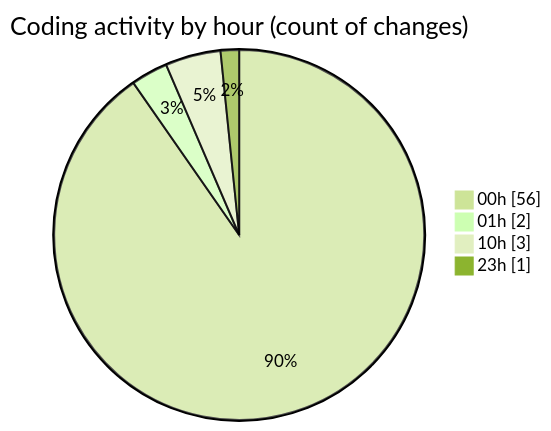
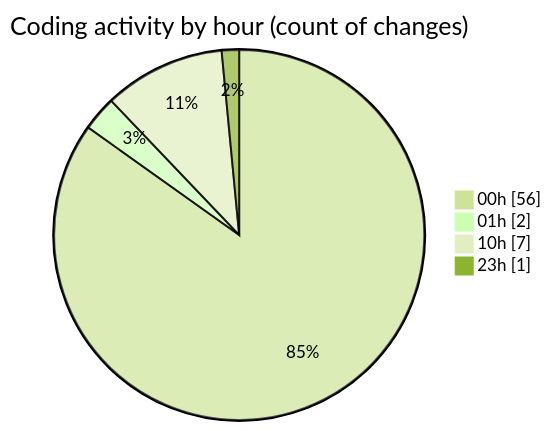
The second of 2 diagrams in 2026-03-15/nxtqube_webapp/README.md (nxtqubesakshisongat/code-tracking), drawn with Mermaid (forest theme) before and after one commit. The commit also changed other lines of this file and 1 other file, not shown here.

````diff
--- a/2026-03-15/nxtqube_webapp/README.md
+++ b/2026-03-15/nxtqube_webapp/README.md
@@ -32,8 +32,8 @@
 ```mermaid
 pie showData
 title Coding activity by hour (count of changes)
 "00h" : 56
 "01h" : 2
-"10h" : 3
+"10h" : 7
 "23h" : 1
 ```
````
